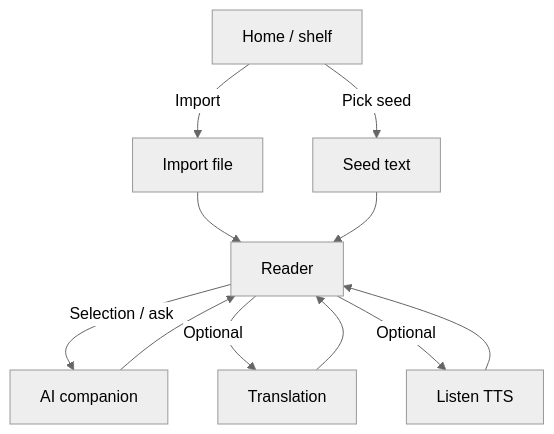
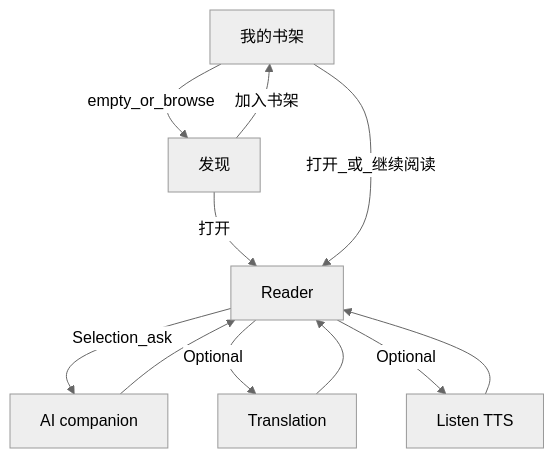
One commit to zguiyang/Elynd changed the second of 3 diagrams in docs/product/prototype-flows.md. Above: the diagram before and after it, drawn with Mermaid (neutral theme). The commit also changed other lines of this file and 6 other files, not shown here.

````diff
--- a/docs/product/prototype-flows.md
+++ b/docs/product/prototype-flows.md
@@ -69,13 +70,13 @@
 ```mermaid
 flowchart TD
-  H[Home / shelf] -->|Import| I[Import file]
-  H -->|Pick seed| S[Seed text]
-  I --> R[Reader]
-  S --> R
-  R -->|Selection / ask| A[AI companion]
+  Shelf[我的书架] -->|empty_or_browse| Discover[发现]
+  Discover -->|加入书架| Shelf
+  Discover -->|打开| R[Reader]
+  Shelf -->|打开_或_继续阅读| R
+  R -->|Selection_ask| A[AI companion]
   R -->|Optional| T[Translation]
   R -->|Optional| L[Listen TTS]
   A --> R
   T --> R
   L --> R
 ```
````
